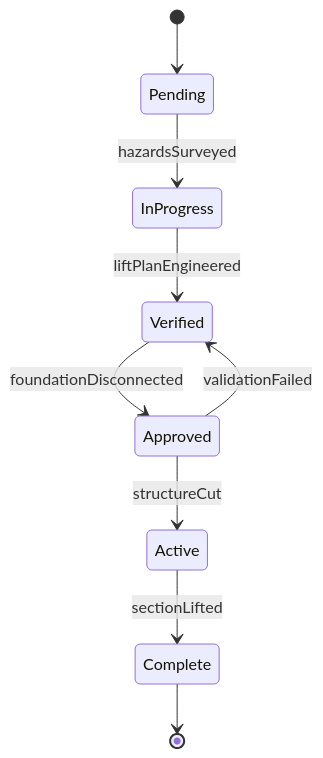
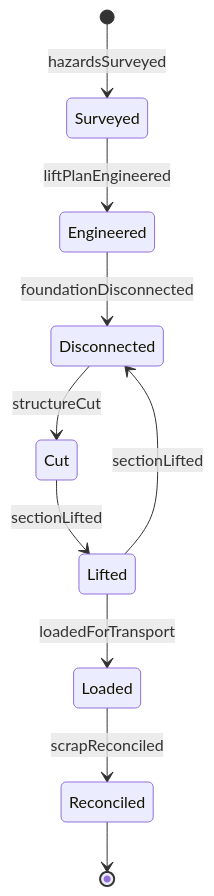
The second of 4 diagrams in HandlingAndMovingObjects/DisassembleEquipment/DismantleHeavyEquipmentMachinery.mdx (dot-org-ai/tasks.org.ai), drawn with Mermaid before and after one commit. The commit also changed other lines of this file and 515 other files, not shown here.

````diff
--- a/HandlingAndMovingObjects/DisassembleEquipment/DismantleHeavyEquipmentMachinery.mdx
+++ b/HandlingAndMovingObjects/DisassembleEquipment/DismantleHeavyEquipmentMachinery.mdx
@@ -101,11 +102,12 @@
 ```mermaid
 stateDiagram-v2
-    [*] --> Pending
-    Pending --> InProgress : hazardsSurveyed
-    InProgress --> Verified : liftPlanEngineered
-    Verified --> Approved : foundationDisconnected
-    Approved --> Active : structureCut
-    Active --> Complete : sectionLifted
-    Approved --> Verified : validationFailed
-    Complete --> [*]
+    [*] --> Surveyed : hazardsSurveyed
+    Surveyed --> Engineered : liftPlanEngineered
+    Engineered --> Disconnected : foundationDisconnected
+    Disconnected --> Cut : structureCut
+    Cut --> Lifted : sectionLifted
+    Lifted --> Loaded : loadedForTransport
+    Loaded --> Reconciled : scrapReconciled
+    Lifted --> Disconnected : sectionLifted
+    Reconciled --> [*]
 ```
````
